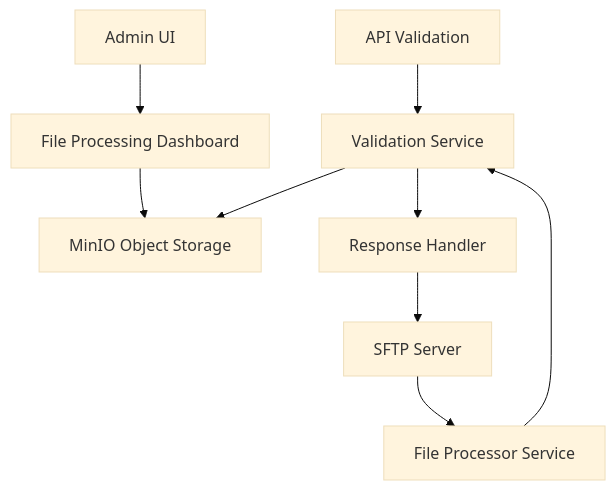
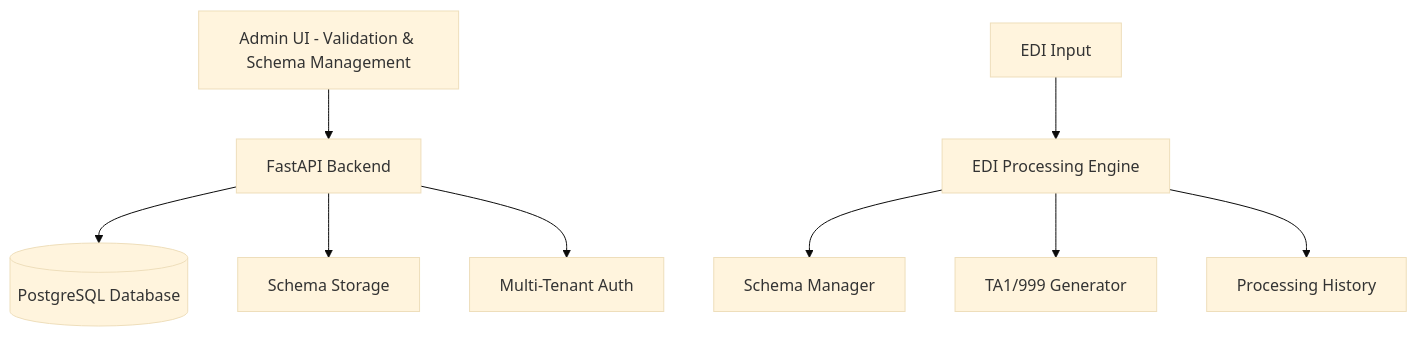
One commit to kreddys/edi-lens changed the diagram in CLAUDE.md. Above: the diagram before and after it, drawn with Mermaid (base theme). The commit also changed other lines of this file and 12 other files, not shown here.

````diff
--- a/CLAUDE.md
+++ b/CLAUDE.md
@@ -24,11 +18,12 @@
 ```mermaid
 graph TB
-    API[API Validation] --> ValidationService[Validation Service]
-    SFTP[SFTP Server] --> FileProcessor[File Processor Service]
-    FileProcessor --> ValidationService
-    ValidationService --> ObjectStorage[MinIO Object Storage]
-    ValidationService --> ResponseHandler[Response Handler]
-    ResponseHandler --> SFTP
-    UI[Admin UI] --> Dashboard[File Processing Dashboard]
-    Dashboard --> ObjectStorage
+    UI[Admin UI - Validation & Schema Management] --> API[FastAPI Backend]
+    API --> DB[(PostgreSQL Database)]
+    API --> MinIO[Schema Storage]
+    API --> Keycloak[Multi-Tenant Auth]
+    
+    EDI_Input[EDI Input] --> ValidationEngine[EDI Processing Engine]
+    ValidationEngine --> SchemaManager[Schema Manager]
+    ValidationEngine --> ResponseGenerator[TA1/999 Generator]
+    ValidationEngine --> ProcessingLog[Processing History]
 ```
````
